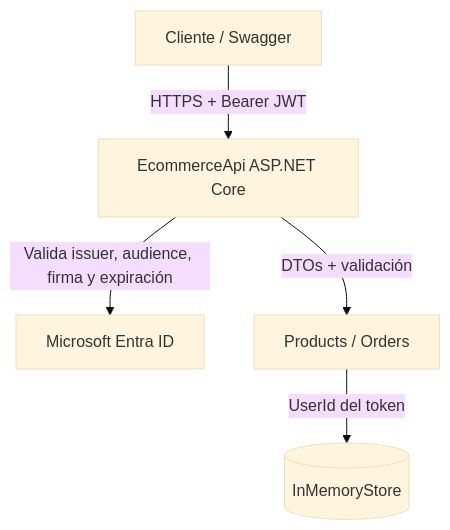
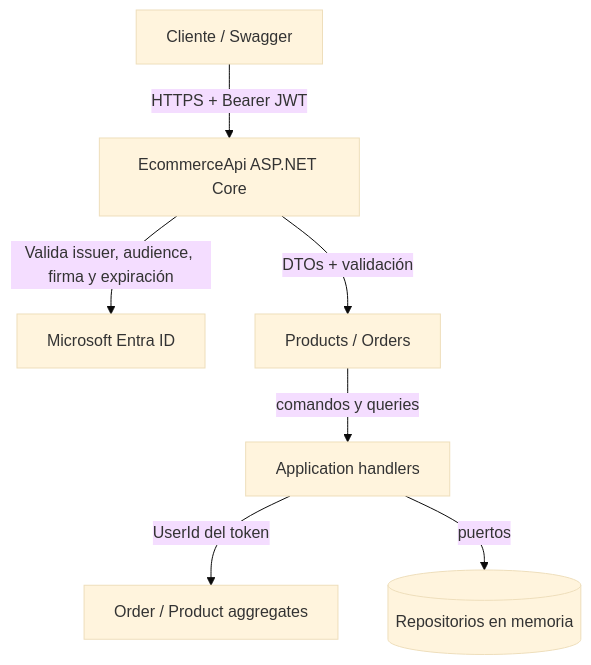
Before and after one commit to lanuzalorenzo/lab-api-local-azure: the diagram in docs/threat-model-appsec.md, drawn with Mermaid (base theme). The commit also changed other lines of this file and 4 other files, not shown here.

Commit message:
docs(repo): update architecture and testing documentation

````diff
--- a/docs/threat-model-appsec.md
+++ b/docs/threat-model-appsec.md
@@ -21,7 +23,9 @@
 ```mermaid
 graph TD
     Client[Cliente / Swagger] -->|HTTPS + Bearer JWT| API[EcommerceApi ASP.NET Core]
     API -->|Valida issuer, audience, firma y expiración| EntraID[Microsoft Entra ID]
     API -->|DTOs + validación| Controllers[Products / Orders]
-    Controllers -->|UserId del token| Store[(InMemoryStore)]
+    Controllers -->|comandos y queries| Handlers[Application handlers]
+    Handlers -->|UserId del token| Domain[Order / Product aggregates]
+    Handlers -->|puertos| Store[(Repositorios en memoria)]
 ```
````
